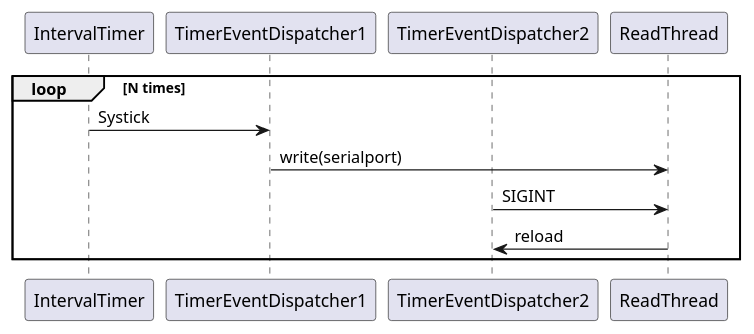
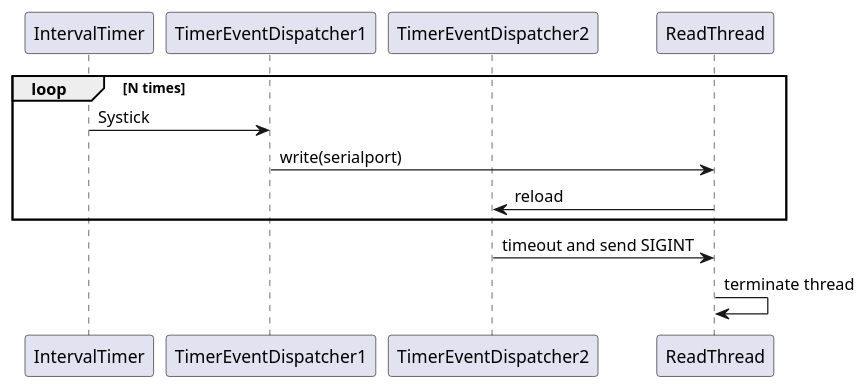
The diagram in docs/App-sequence.puml (yoshinao-takada/UARTtestapp), drawn with PlantUML before and after one commit. The commit also changed 5 other files, not shown here.

```diff
--- a/docs/App-sequence.puml
+++ b/docs/App-sequence.puml
@@ -1,12 +1,13 @@
 @startuml
 participant IntervalTimer
 participant TimerEventDispatcher1
 participant TimerEventDispatcher2
 participant ReadThread
 loop N times
     IntervalTimer -> TimerEventDispatcher1 : Systick
     TimerEventDispatcher1 -> ReadThread : write(serialport)
-    TimerEventDispatcher2 -> ReadThread : SIGINT
     TimerEventDispatcher2 <- ReadThread : reload
 end
+TimerEventDispatcher2 -> ReadThread : timeout and send SIGINT
+ReadThread -> ReadThread : terminate thread
 @enduml
```
